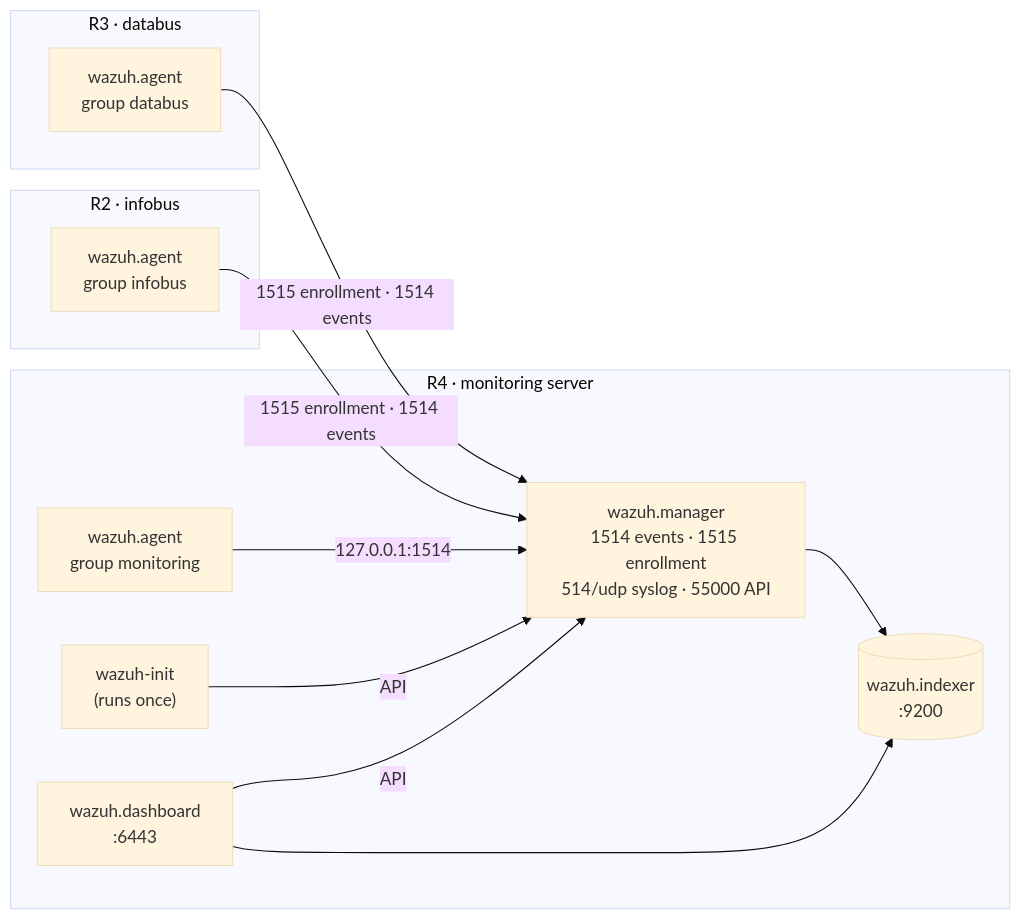
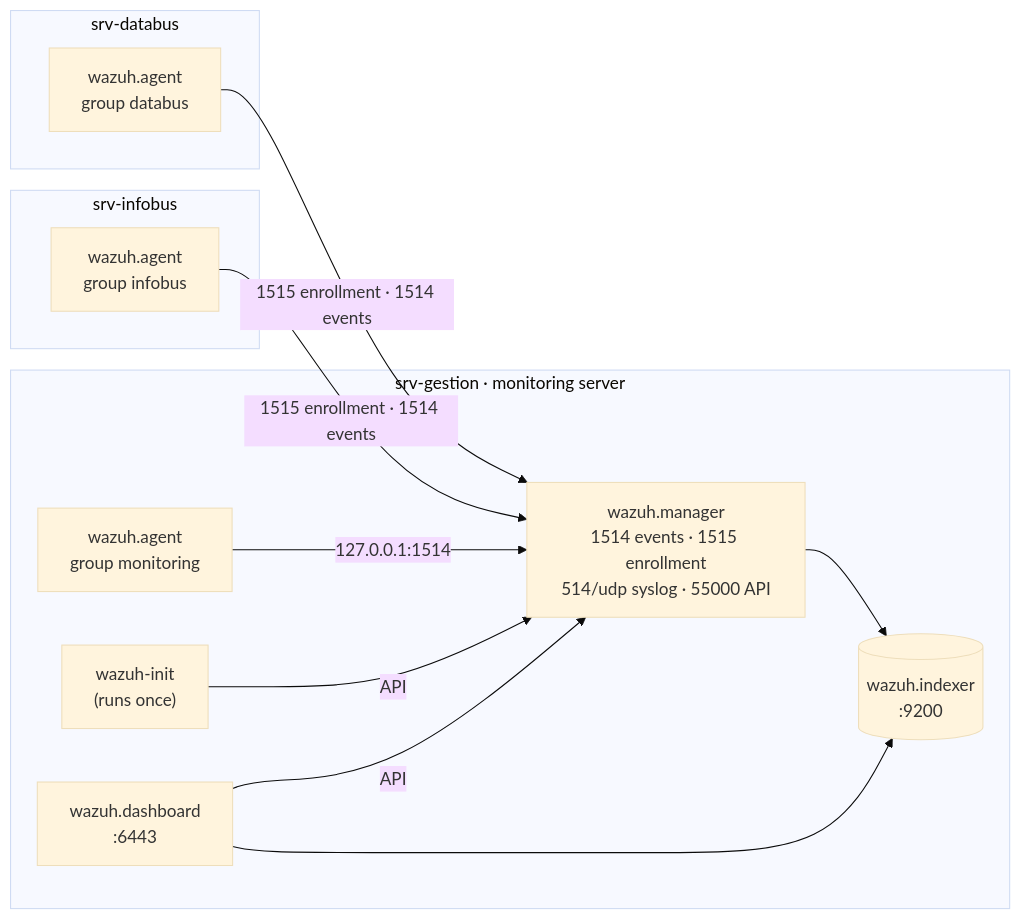
One commit to rsol9000-01/wazuh changed the first of 2 diagrams in README.md. Above: the diagram before and after it, drawn with Mermaid (base theme). The commit also changed other lines of this file and 19 other files, not shown here.

````diff
--- a/README.md
+++ b/README.md
@@ -27,23 +27,23 @@
 ```mermaid
 flowchart LR
-  subgraph R4["R4 · monitoring server"]
+  subgraph GESTION["srv-gestion · monitoring server"]
     IDX[("wazuh.indexer<br/>:9200")]
     MGR["wazuh.manager<br/>1514 events · 1515 enrollment<br/>514/udp syslog · 55000 API"]
     DSH["wazuh.dashboard<br/>:6443"]
     INIT["wazuh-init<br/>(runs once)"]
     AG4["wazuh.agent<br/>group monitoring"]
   end
-  subgraph R3["R3 · databus"]
+  subgraph DATABUS["srv-databus"]
     AG3["wazuh.agent<br/>group databus"]
   end
-  subgraph R2["R2 · infobus"]
+  subgraph INFOBUS["srv-infobus"]
     AG2["wazuh.agent<br/>group infobus"]
   end
   AG3 -- "1515 enrollment · 1514 events" --> MGR
   AG2 -- "1515 enrollment · 1514 events" --> MGR
   AG4 -- "127.0.0.1:1514" --> MGR
   INIT -- "API" --> MGR
   MGR --> IDX
   DSH --> IDX
   DSH -- "API" --> MGR
 ```
````
